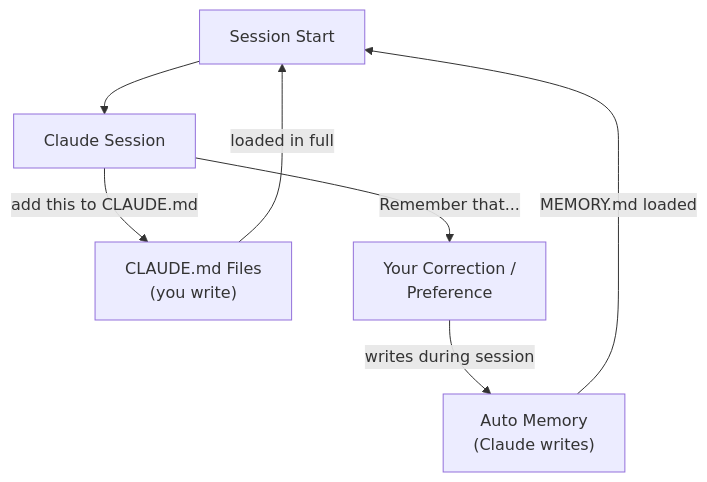
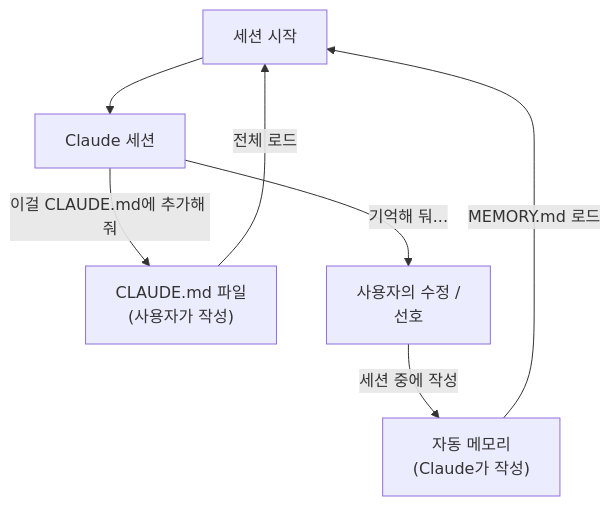
Before and after one commit to KIMDONGWHEE99/howkorean: the first of 5 diagrams in 02-memory/README.md, drawn with Mermaid. The commit also changed other lines of this file, not shown here.

First line of the commit message:
docs(memory): 02-memory 가이드를 한국어로 번역

````diff
--- a/02-memory/README.md
+++ b/02-memory/README.md
@@ -196,15 +196,15 @@
 ```mermaid
 graph TB
-    A["Session Start"]
-    B["CLAUDE.md Files<br/>(you write)"]
-    C["Auto Memory<br/>(Claude writes)"]
-    D["Claude Session"]
-    E["Your Correction /<br/>Preference"]
+    A["세션 시작"]
+    B["CLAUDE.md 파일<br/>(사용자가 작성)"]
+    C["자동 메모리<br/>(Claude가 작성)"]
+    D["Claude 세션"]
+    E["사용자의 수정 /<br/>선호"]
 
-    B -->|loaded in full| A
-    C -->|MEMORY.md loaded| A
+    B -->|전체 로드| A
+    C -->|MEMORY.md 로드| A
     A --> D
-    D -->|"Remember that..."| E
-    E -->|writes during session| C
-    D -->|"add this to CLAUDE.md"| B
+    D -->|"기억해 둬..."| E
+    E -->|세션 중에 작성| C
+    D -->|"이걸 CLAUDE.md에 추가해 줘"| B
 ```
````
